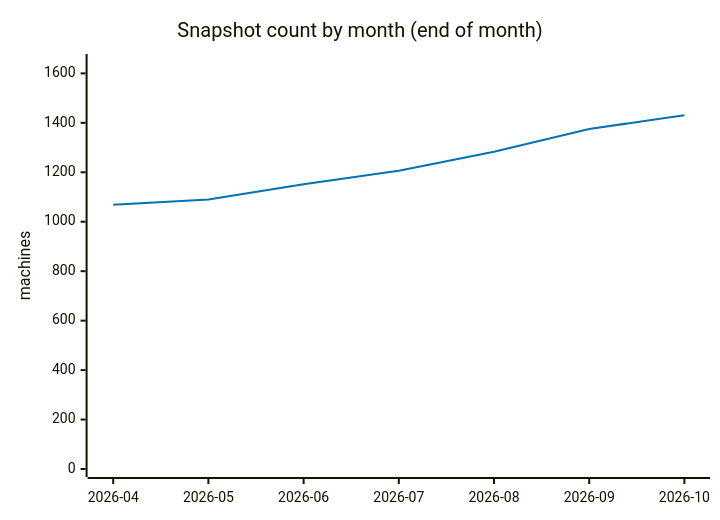
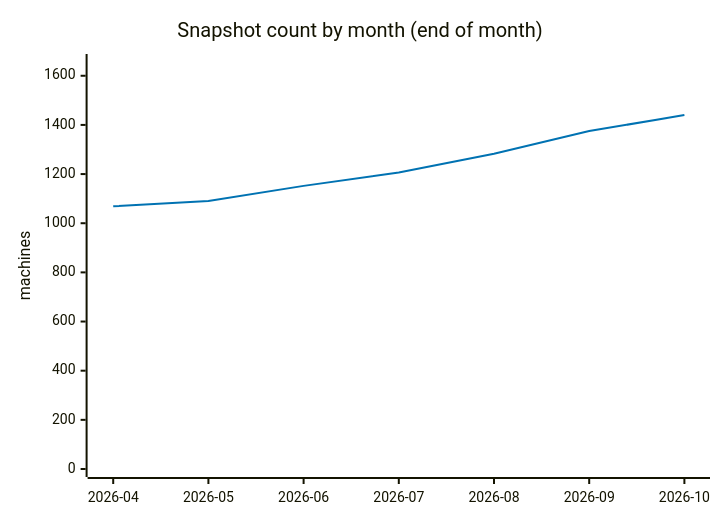
Before and after one commit to cheeaun/returnright-data: the fourth of 5 diagrams in ANALYSIS.md, drawn with Mermaid. The commit also changed other lines of this file and 4 other files, not shown here.

````diff
--- a/ANALYSIS.md
+++ b/ANALYSIS.md
@@ -247,13 +249,13 @@
 ```mermaid
 ---
 config:
   themeVariables:
     xyChart:
       plotColorPalette: "#0072B2"
 ---
 xychart-beta
     title "Snapshot count by month (end of month)"
     x-axis ["2026-04", "2026-05", "2026-06", "2026-07", "2026-08", "2026-09", "2026-10"]
-    y-axis "machines" 0 --> 1646
-    line [1069, 1090, 1152, 1206, 1283, 1375, 1431]
+    y-axis "machines" 0 --> 1656
+    line [1069, 1090, 1152, 1206, 1283, 1375, 1440]
 ```
````
